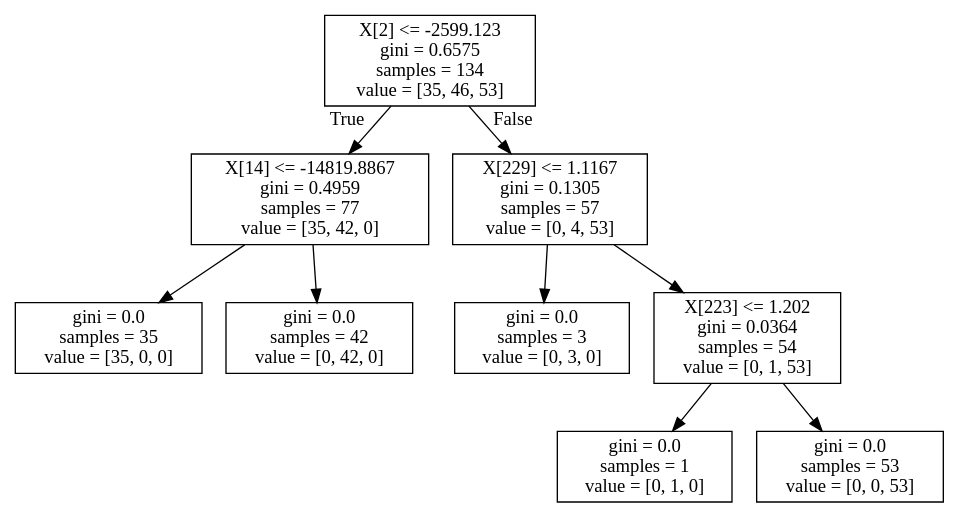
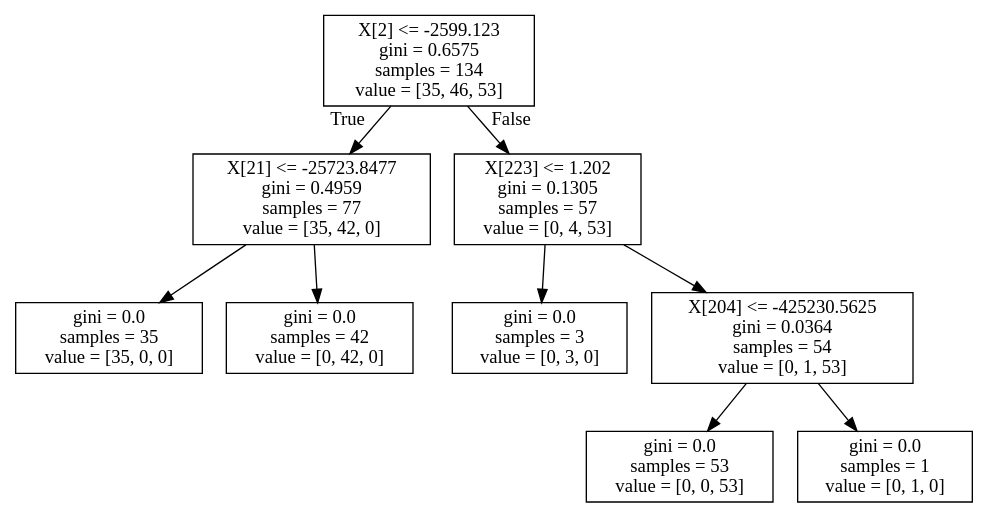
One commit to dog-vocalization/dog-vocalization changed the diagram in image_files/tree.dot. Above: the diagram before and after it, drawn with Graphviz. The commit also changed 2 other files, not shown here.

```diff
--- a/image_files/tree.dot
+++ b/image_files/tree.dot
@@ -1,20 +1,20 @@
 digraph Tree {
 node [shape=box] ;
 0 [label="X[2] <= -2599.123\ngini = 0.6575\nsamples = 134\nvalue = [35, 46, 53]"] ;
-1 [label="X[14] <= -14819.8867\ngini = 0.4959\nsamples = 77\nvalue = [35, 42, 0]"] ;
+1 [label="X[21] <= -25723.8477\ngini = 0.4959\nsamples = 77\nvalue = [35, 42, 0]"] ;
 0 -> 1 [labeldistance=2.5, labelangle=45, headlabel="True"] ;
 2 [label="gini = 0.0\nsamples = 35\nvalue = [35, 0, 0]"] ;
 1 -> 2 ;
 3 [label="gini = 0.0\nsamples = 42\nvalue = [0, 42, 0]"] ;
 1 -> 3 ;
-4 [label="X[229] <= 1.1167\ngini = 0.1305\nsamples = 57\nvalue = [0, 4, 53]"] ;
+4 [label="X[223] <= 1.202\ngini = 0.1305\nsamples = 57\nvalue = [0, 4, 53]"] ;
 0 -> 4 [labeldistance=2.5, labelangle=-45, headlabel="False"] ;
 5 [label="gini = 0.0\nsamples = 3\nvalue = [0, 3, 0]"] ;
 4 -> 5 ;
-6 [label="X[223] <= 1.202\ngini = 0.0364\nsamples = 54\nvalue = [0, 1, 53]"] ;
+6 [label="X[204] <= -425230.5625\ngini = 0.0364\nsamples = 54\nvalue = [0, 1, 53]"] ;
 4 -> 6 ;
-7 [label="gini = 0.0\nsamples = 1\nvalue = [0, 1, 0]"] ;
+7 [label="gini = 0.0\nsamples = 53\nvalue = [0, 0, 53]"] ;
 6 -> 7 ;
-8 [label="gini = 0.0\nsamples = 53\nvalue = [0, 0, 53]"] ;
+8 [label="gini = 0.0\nsamples = 1\nvalue = [0, 1, 0]"] ;
 6 -> 8 ;
 }
```
